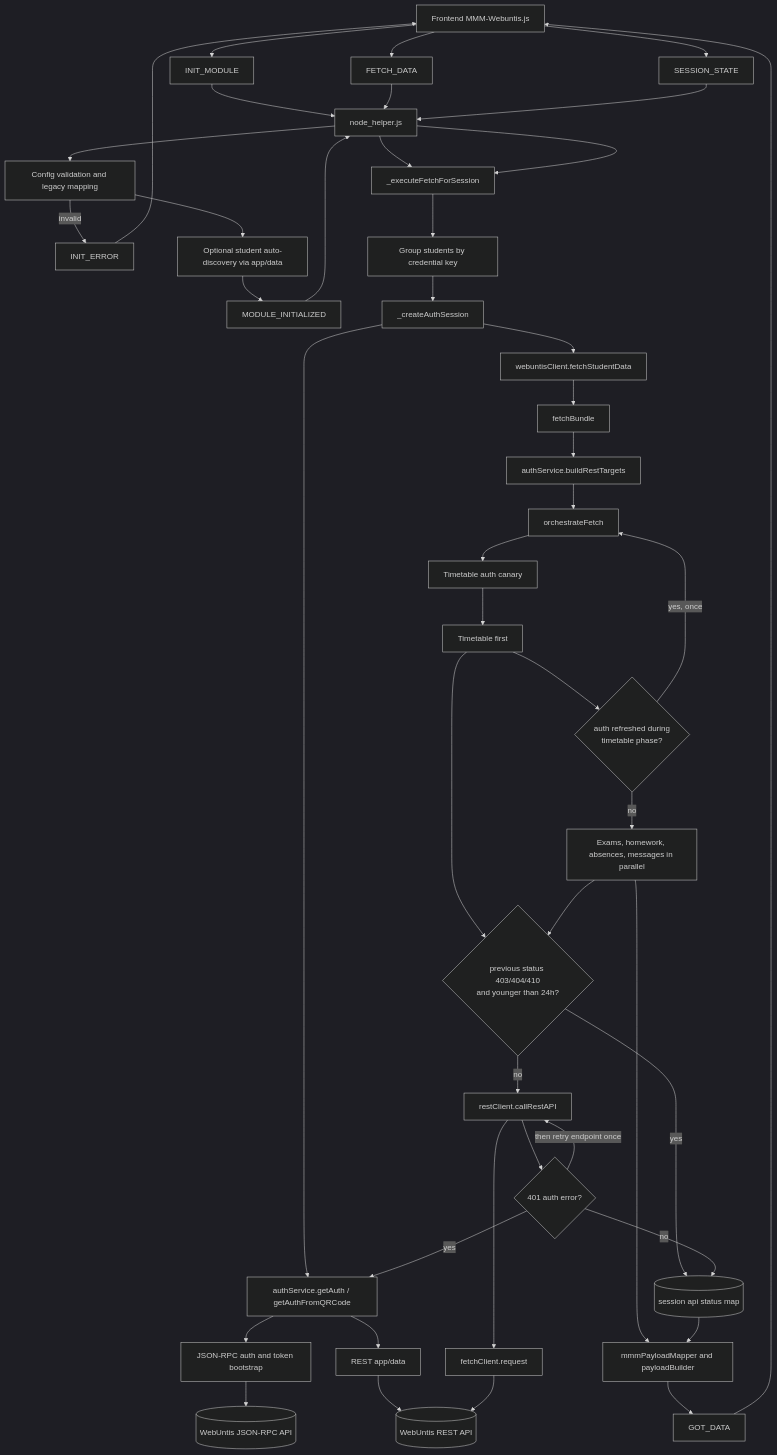
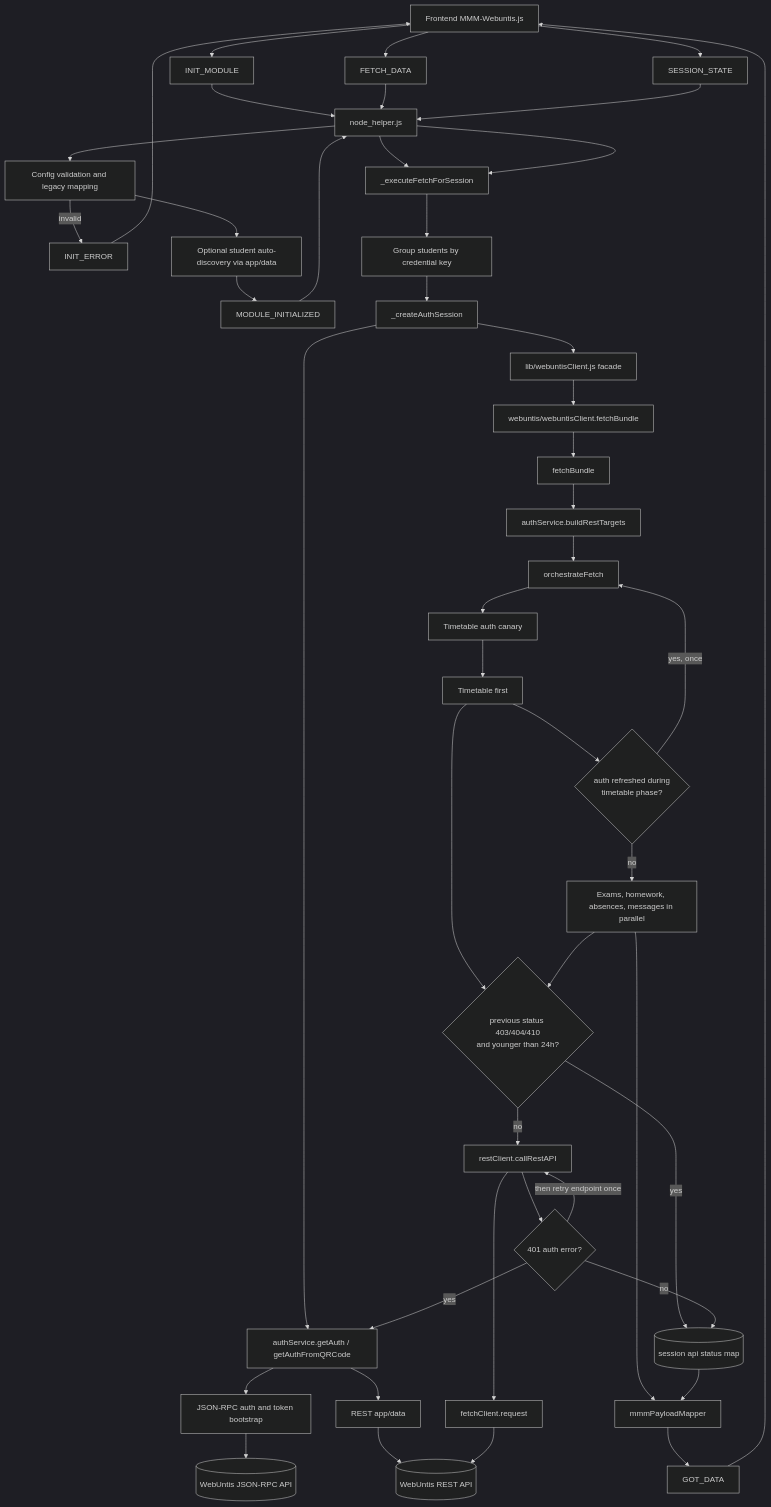
One commit to HeikoGr/MMM-Webuntis changed the first of 2 diagrams in docs/SERVER_REQUEST_FLOW.md. Above: the diagram before and after it, drawn with Mermaid (dark theme). The commit also changed other lines of this file and 22 other files, not shown here.

````diff
--- a/docs/SERVER_REQUEST_FLOW.md
+++ b/docs/SERVER_REQUEST_FLOW.md
@@ -31,75 +32,77 @@
 ```mermaid
 flowchart TD
     FE[Frontend MMM-Webuntis.js]
     NH[node_helper.js]
     INIT[INIT_MODULE]
     FETCH[FETCH_DATA]
     STATE[SESSION_STATE]
     MODOK[MODULE_INITIALIZED]
     GOT[GOT_DATA]
     INITERR[INIT_ERROR]
 
     CFG[Config validation and legacy mapping]
     DISCOVER[Optional student auto-discovery via app/data]
     EXEC[_executeFetchForSession]
     GROUP[Group students by credential key]
     AUTHSESSION[_createAuthSession]
 
-    CLIENT[webuntisClient.fetchStudentData]
+    FACADE[lib/webuntisClient.js facade]
+    CLIENT[webuntis/webuntisClient.fetchBundle]
     BUNDLE[fetchBundle]
     TARGETS[authService.buildRestTargets]
     ORCH[orchestrateFetch]
     CANARY[Timetable auth canary]
     TTABLE[Timetable first]
     PAR[Exams, homework, absences, messages in parallel]
-    MAP[mmmPayloadMapper and payloadBuilder]
+    MAP[mmmPayloadMapper]
 
     AUTH[authService.getAuth / getAuthFromQRCode]
     JSONRPC[JSON-RPC auth and token bootstrap]
     APPDATA[REST app/data]
     RESTCALL[restClient.callRestAPI]
     FETCHC[fetchClient.request]
 
     STATUS[(session api status map)]
     SKIP{previous status 403/404/410\nand younger than 24h?}
     REFRESH{401 auth error?}
     RETRYORCH{auth refreshed during\ntimetable phase?}
 
     API[(WebUntis REST API)]
     RPC[(WebUntis JSON-RPC API)]
 
     FE --> INIT --> NH --> CFG
     CFG --> DISCOVER
     DISCOVER --> MODOK
     MODOK --> NH
     NH --> EXEC
 
     FE --> FETCH --> NH --> EXEC
     FE --> STATE --> NH
 
-    EXEC --> GROUP --> AUTHSESSION --> CLIENT
+    EXEC --> GROUP --> AUTHSESSION --> FACADE
+    FACADE --> CLIENT
     CLIENT --> BUNDLE --> TARGETS --> ORCH
 
     ORCH --> CANARY
     CANARY --> TTABLE
     TTABLE --> RETRYORCH
     RETRYORCH -- yes, once --> ORCH
     RETRYORCH -- no --> PAR
     PAR --> MAP --> GOT --> FE
 
     AUTHSESSION --> AUTH
     AUTH --> JSONRPC --> RPC
     AUTH --> APPDATA --> API
 
     TTABLE --> SKIP
     PAR --> SKIP
     SKIP -- yes --> STATUS
     SKIP -- no --> RESTCALL --> FETCHC --> API
     RESTCALL --> REFRESH
     REFRESH -- yes --> AUTH
     REFRESH -- then retry endpoint once --> RESTCALL
     REFRESH -- no --> STATUS
     STATUS --> MAP
 
     CFG -- invalid --> INITERR --> FE
 ```
````
